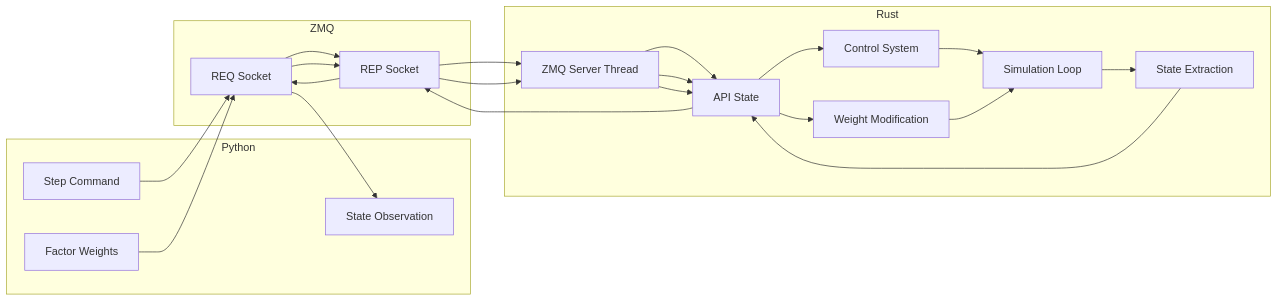
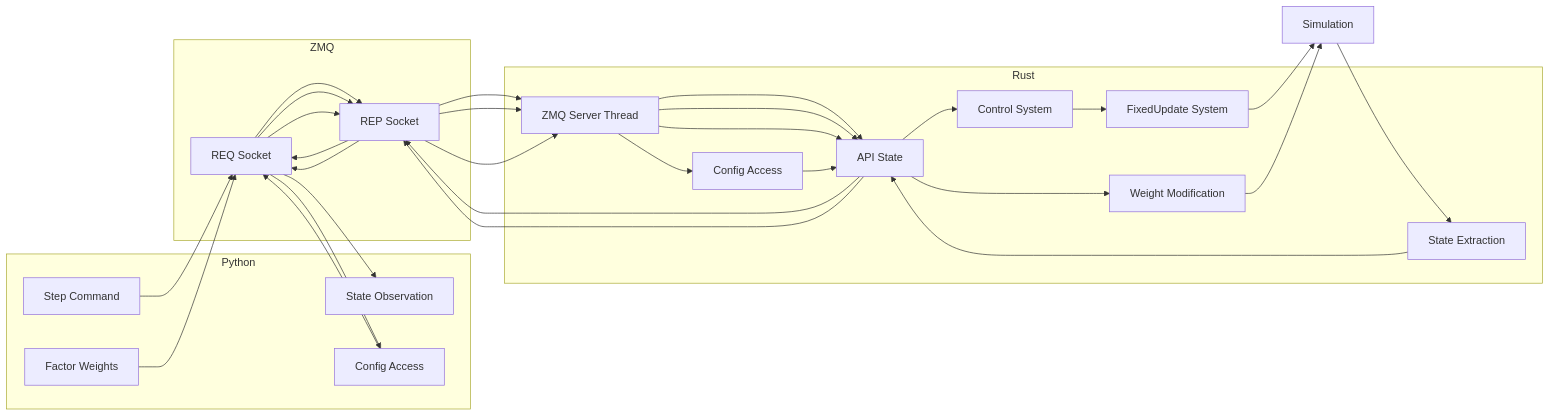
One commit to AU-Master-Thesis/magics changed the third of 3 diagrams in memory-bank/systemPatterns.md. Above: the diagram before and after it, drawn with Mermaid. The commit also changed other lines of this file and 9 other files, not shown here.

````diff
--- a/memory-bank/systemPatterns.md
+++ b/memory-bank/systemPatterns.md
@@ -113,42 +119,54 @@
 ```mermaid
 graph LR
     subgraph Python
         Step[Step Command]
         Weights[Factor Weights]
         Observation[State Observation]
+        Config[Config Access]
     end
     
     subgraph ZMQ
         ReqSocket[REQ Socket]
         RepSocket[REP Socket]
     end
     
     subgraph Rust
         ZmqThread[ZMQ Server Thread]
         ApiState[API State]
         Control[Control System]
         Extraction[State Extraction]
         Modification[Weight Modification]
-        Simulation[Simulation Loop]
+        FixedUpdate[FixedUpdate System]
+        ConfigAccess[Config Access]
     end
     
     Step --> ReqSocket
     ReqSocket --> RepSocket
     RepSocket --> ZmqThread
     ZmqThread --> ApiState
     ApiState --> Control
-    Control --> Simulation
+    Control --> FixedUpdate
+    FixedUpdate --> Simulation
     Simulation --> Extraction
     Extraction --> ApiState
     ZmqThread --> ApiState
     ApiState --> RepSocket
     RepSocket --> ReqSocket
     ReqSocket --> Observation
     
     Weights --> ReqSocket
     ReqSocket --> RepSocket
     RepSocket --> ZmqThread
     ZmqThread --> ApiState
     ApiState --> Modification
     Modification --> Simulation
+    
+    Config --> ReqSocket
+    ReqSocket --> RepSocket
+    RepSocket --> ZmqThread
+    ZmqThread --> ConfigAccess
+    ConfigAccess --> ApiState
+    ApiState --> RepSocket
+    RepSocket --> ReqSocket
+    ReqSocket --> Config
 ```
````
